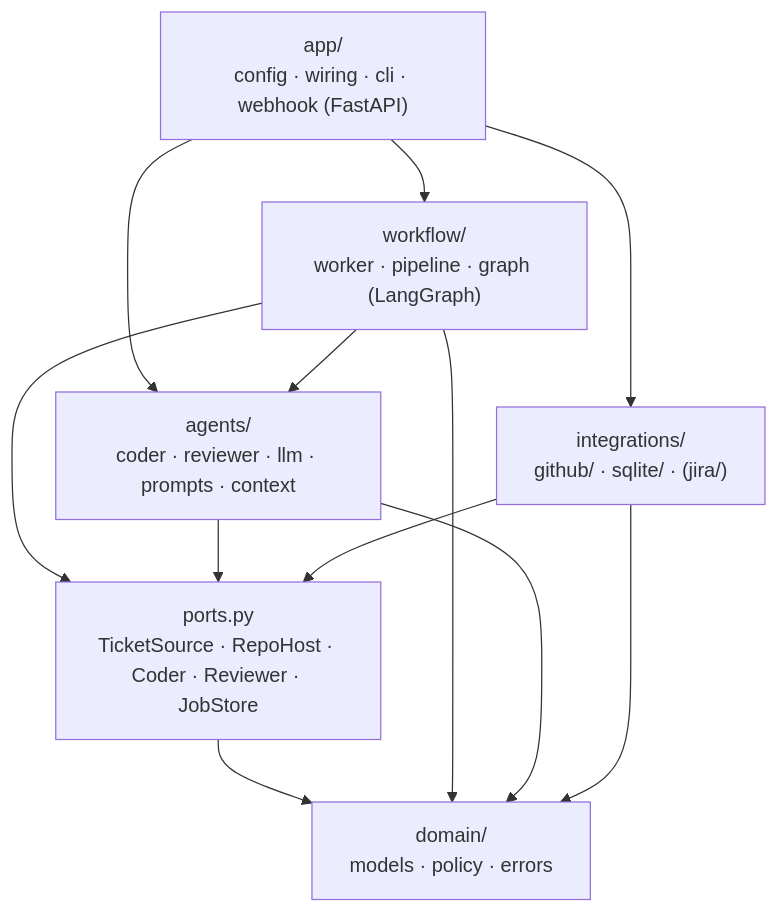
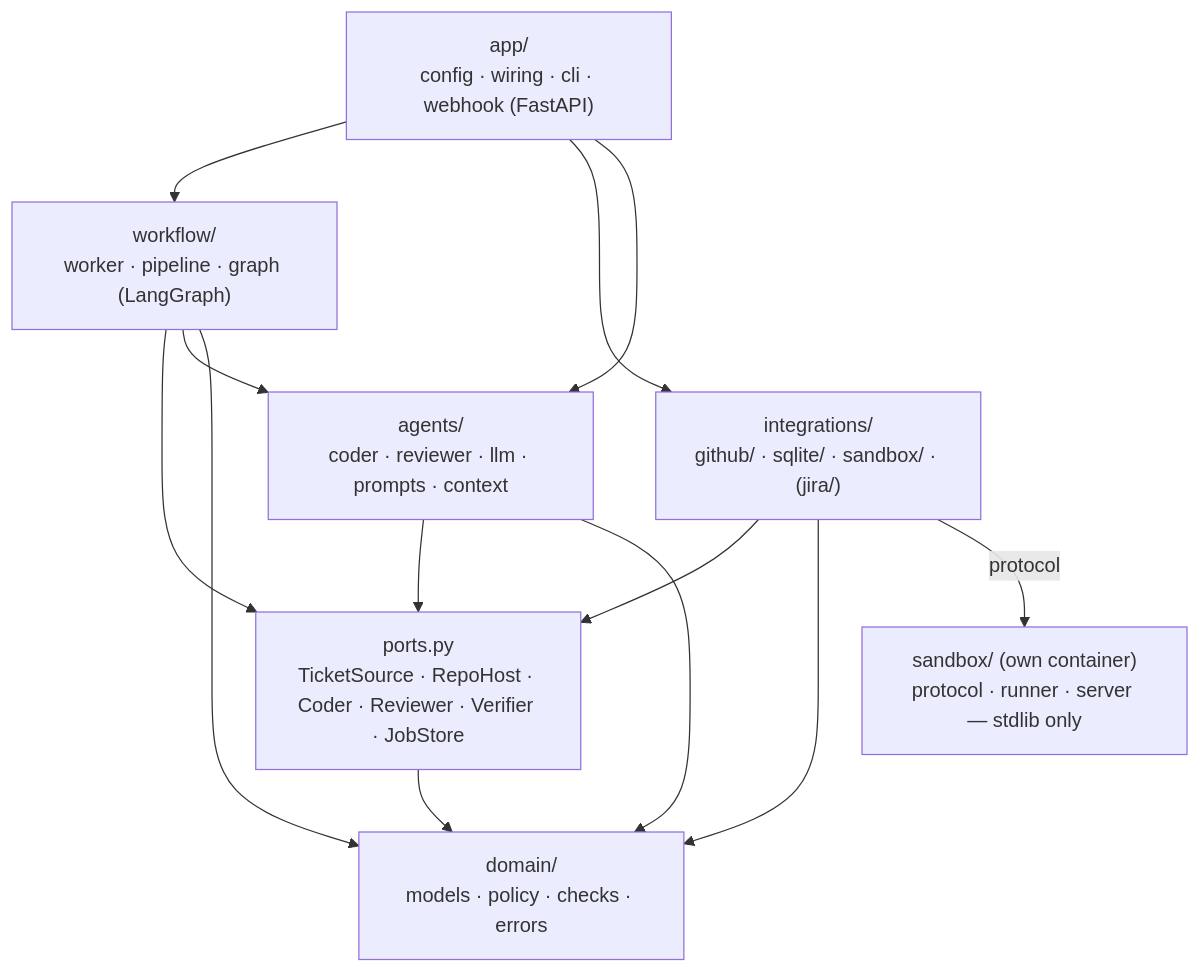
One commit to SumanthKumar1210/autonomous_coding_agent changed the first of 4 diagrams in ARCHITECTURE.md. Above: the diagram before and after it, drawn with Mermaid. The commit also changed other lines of this file and 33 other files, not shown here.

````diff
--- a/ARCHITECTURE.md
+++ b/ARCHITECTURE.md
@@ -98,21 +103,23 @@
 ```mermaid
 flowchart TB
     app["app/<br/>config · wiring · cli · webhook (FastAPI)"]
     workflow["workflow/<br/>worker · pipeline · graph (LangGraph)"]
     agents["agents/<br/>coder · reviewer · llm · prompts · context"]
-    integrations["integrations/<br/>github/ · sqlite/ · (jira/)"]
-    ports["ports.py<br/>TicketSource · RepoHost · Coder · Reviewer · JobStore"]
-    domain["domain/<br/>models · policy · errors"]
+    integrations["integrations/<br/>github/ · sqlite/ · sandbox/ · (jira/)"]
+    ports["ports.py<br/>TicketSource · RepoHost · Coder · Reviewer · Verifier · JobStore"]
+    domain["domain/<br/>models · policy · checks · errors"]
+    sandbox["sandbox/ (own container)<br/>protocol · runner · server — stdlib only"]
 
     app --> workflow
     app --> integrations
     app --> agents
     workflow --> ports
     workflow --> agents
     agents --> ports
     integrations --> ports
     ports --> domain
     workflow --> domain
     agents --> domain
     integrations --> domain
+    integrations -->|protocol| sandbox
 ```
````
